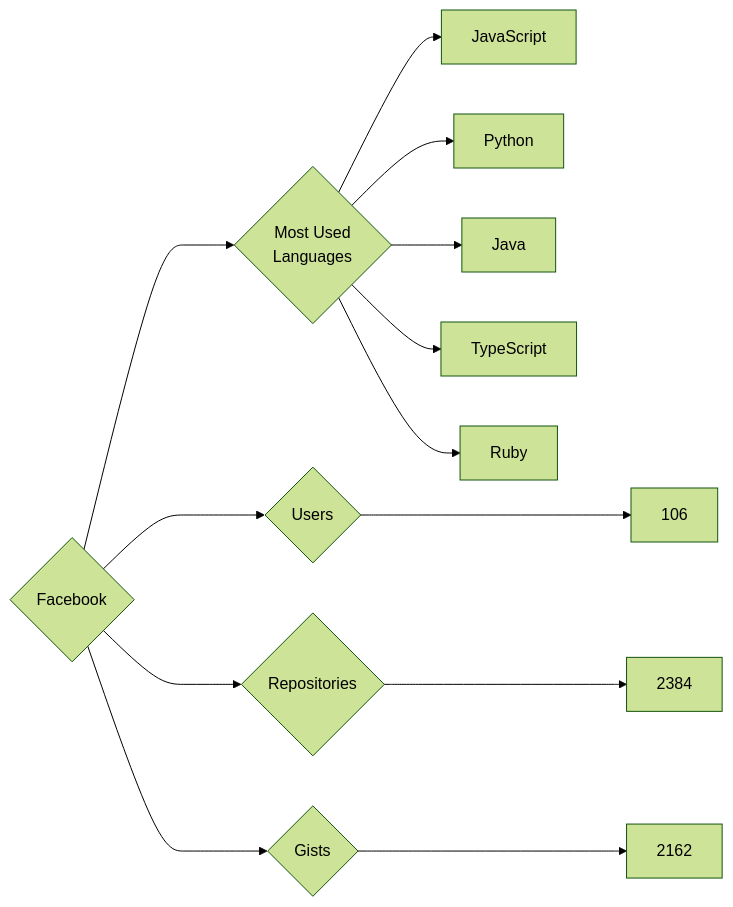
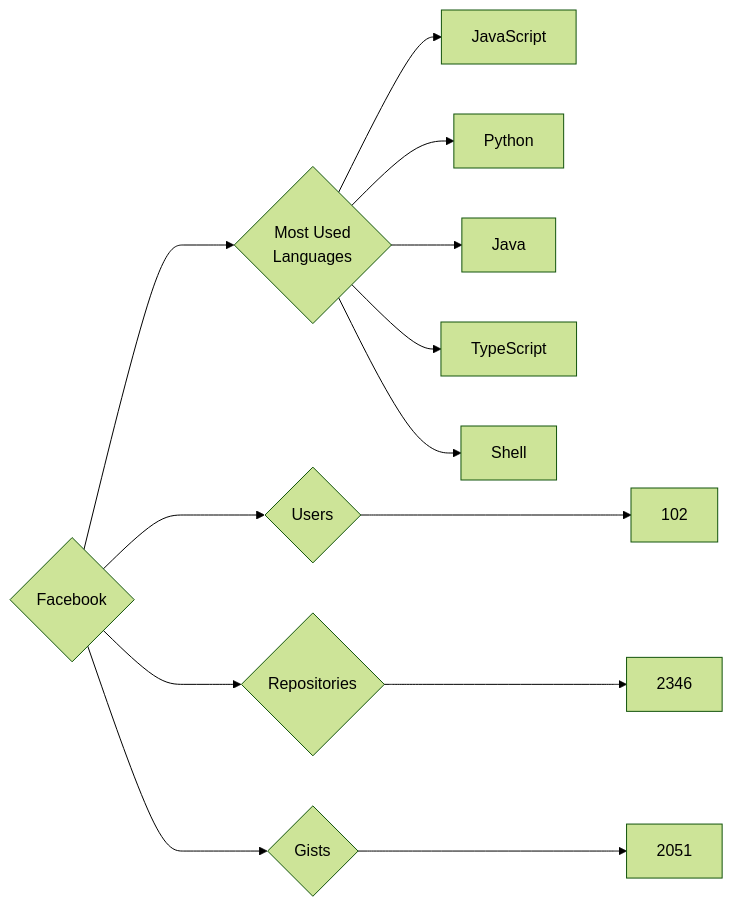
Before and after one commit to trickest/insiders: the diagram in targets/Facebook/README.md, drawn with Mermaid (forest theme). The commit also changed 1195 other files, not shown here.

````diff
--- a/targets/Facebook/README.md
+++ b/targets/Facebook/README.md
@@ -3,13 +3,13 @@
 ```mermaid
 graph LR
 COMPANY_NAME{Facebook}
-COMPANY_NAME ---> U{Users} ---> UN[106]
-COMPANY_NAME ---> R{Repositories} ---> RN[2384]
-COMPANY_NAME ---> G{Gists} ---> GN[2162]
+COMPANY_NAME ---> U{Users} ---> UN[102]
+COMPANY_NAME ---> R{Repositories} ---> RN[2346]
+COMPANY_NAME ---> G{Gists} ---> GN[2051]
 COMPANY_NAME ---> ML{Most Used<br>Languages}
 ML --> JavaScript[JavaScript]
 ML --> Python[Python]
 ML --> Java[Java]
 ML --> TypeScript[TypeScript]
-ML --> Ruby[Ruby]
+ML --> Shell[Shell]
 ```
````
